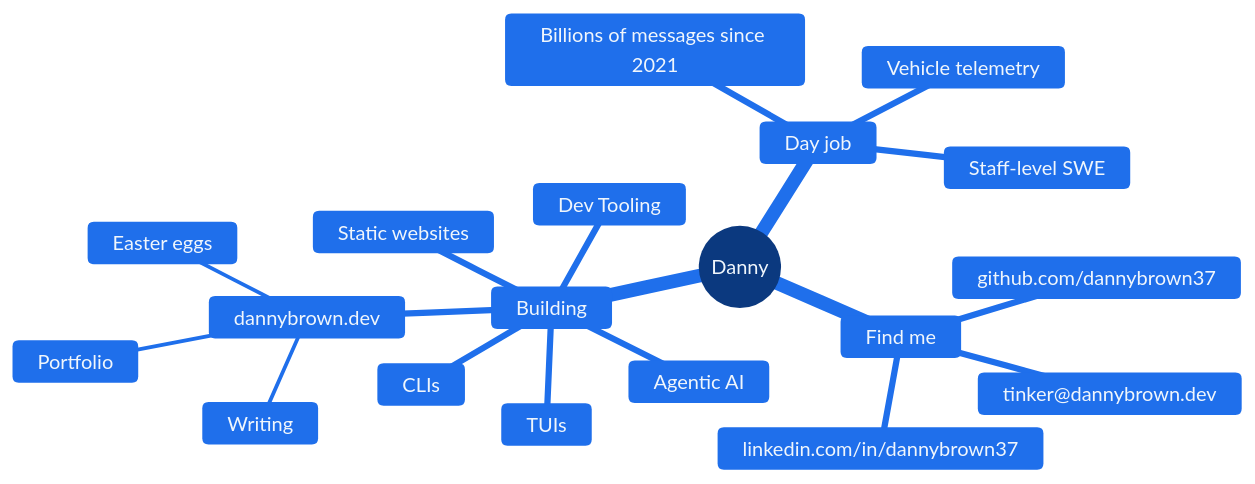
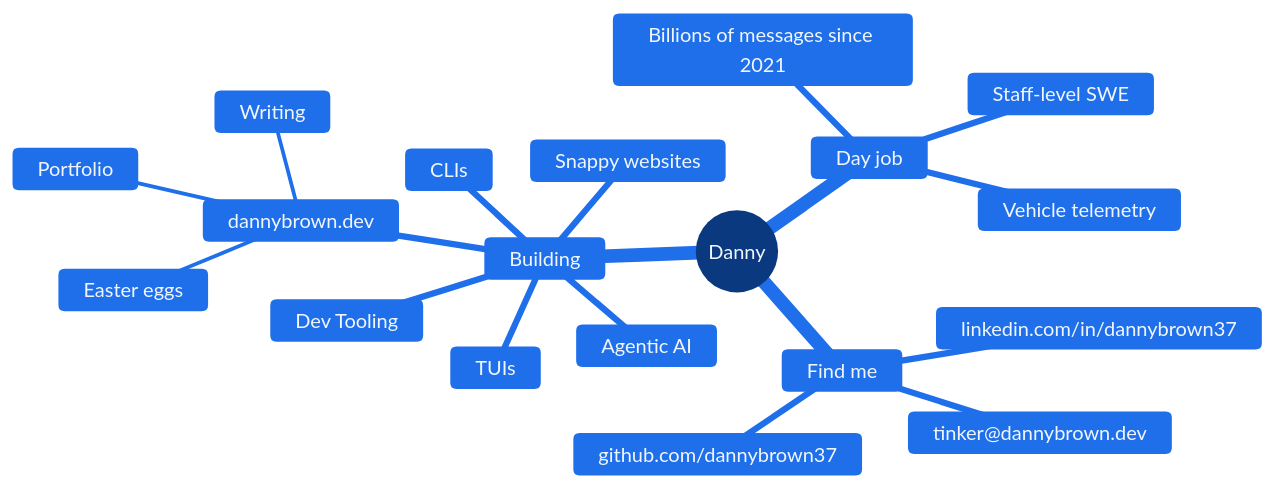
Before and after one commit to dannybrown37/dannybrown37: the diagram in README.md, drawn with Mermaid.

Commit message:
Update 'Static websites' to 'Snappy websites'

````diff
--- a/README.md
+++ b/README.md
@@ -7,29 +7,29 @@
 ```mermaid
 %%{init: {'theme':'base', 'themeVariables': {
   'primaryColor':'#1f6feb','primaryTextColor':'#f0f6fc','primaryBorderColor':'#58a6ff',
   'lineColor':'#8b949e','textColor':'#f0f6fc','fontSize':'16px',
   'cScale0':'#1f6feb','cScale1':'#1f6feb','cScale2':'#1f6feb','cScale3':'#1f6feb',
   'cScaleLabel0':'#f0f6fc','cScaleLabel1':'#f0f6fc','cScaleLabel2':'#f0f6fc','cScaleLabel3':'#f0f6fc'
 }}}%%
 mindmap
   root((Danny))
     Find me
       github.com/dannybrown37
       linkedin.com/in/dannybrown37
       tinker@dannybrown.dev
     Building
       CLIs
       TUIs
-      Static websites
+      Snappy websites
       Agentic AI
       Dev Tooling
       dannybrown.dev
         Writing
         Portfolio
         Easter eggs
     Day job
       Vehicle telemetry
       Billions of messages since 2021
       Staff-level SWE
 
 ```
````
